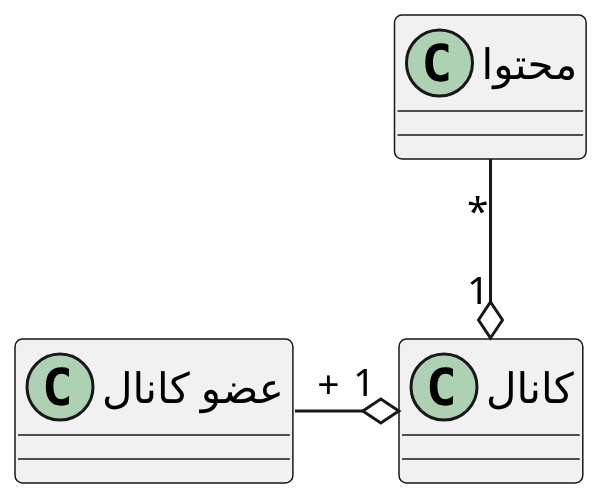
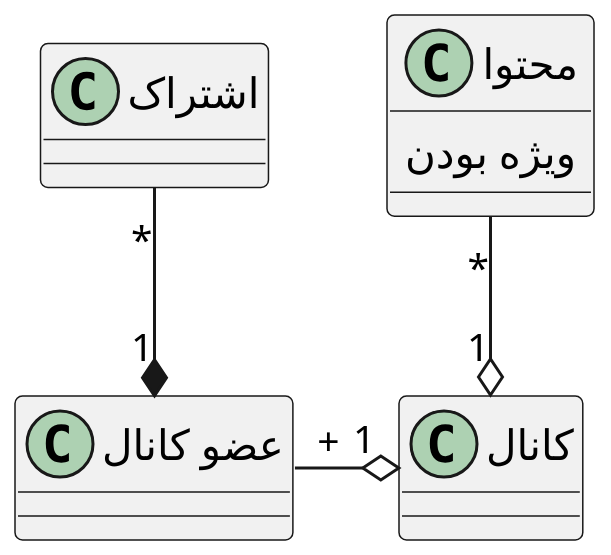
The diagram in Diagrams/Class/seeContent.puml (soleyman79/Qasedak), drawn with PlantUML before and after one commit. The commit also changed 15 other files, not shown here.

```diff
--- a/Diagrams/Class/seeContent.puml
+++ b/Diagrams/Class/seeContent.puml
@@ -1,19 +1,24 @@
 @startuml see_content
 
 scale 2
 skinparam DefaultFontName B Nazanin
 
 
 class "محتوا" as content {
+    ویژه بودن
 }
 
 class "کانال" as chanel {
 }
 
 class "عضو کانال" as member {
 }
 
+class "اشتراک" as subscription{
+}
+
 content "*" --o "1" chanel
 chanel "1" o-left- "+" member
+subscription "*" --* "1" member
 
 @enduml
```
